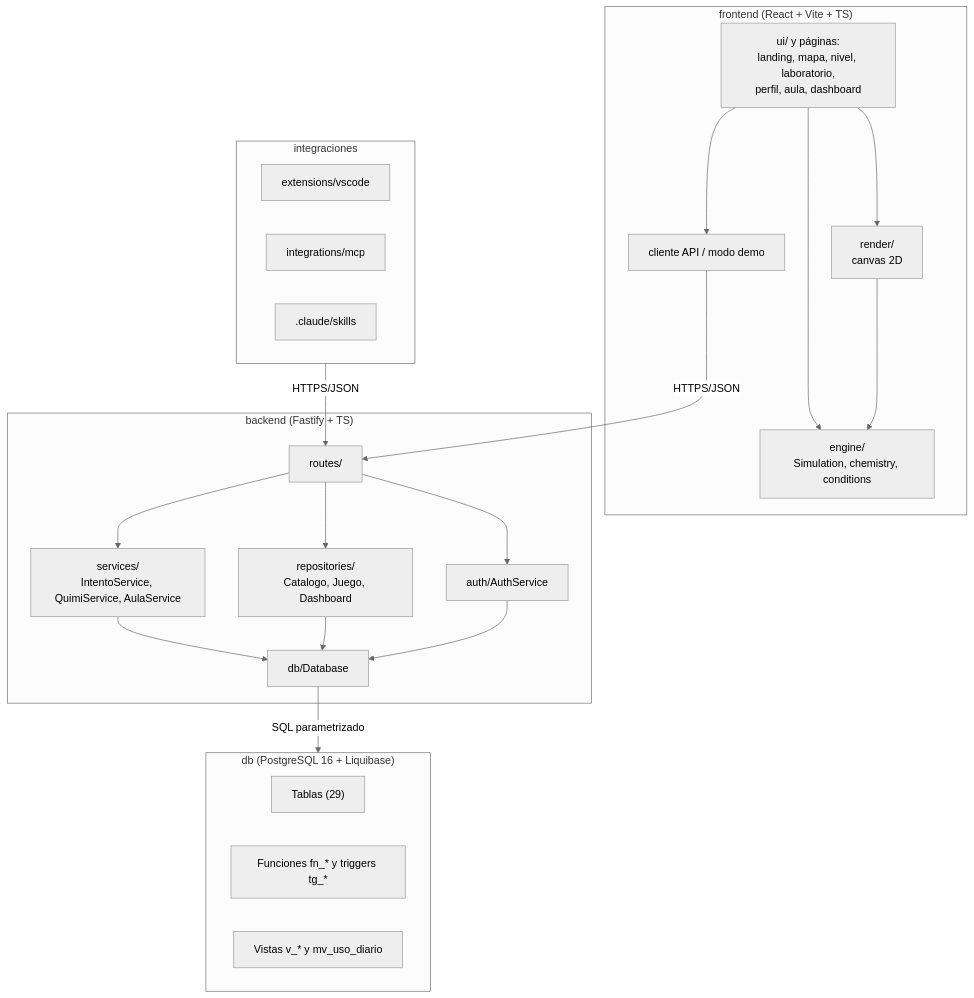
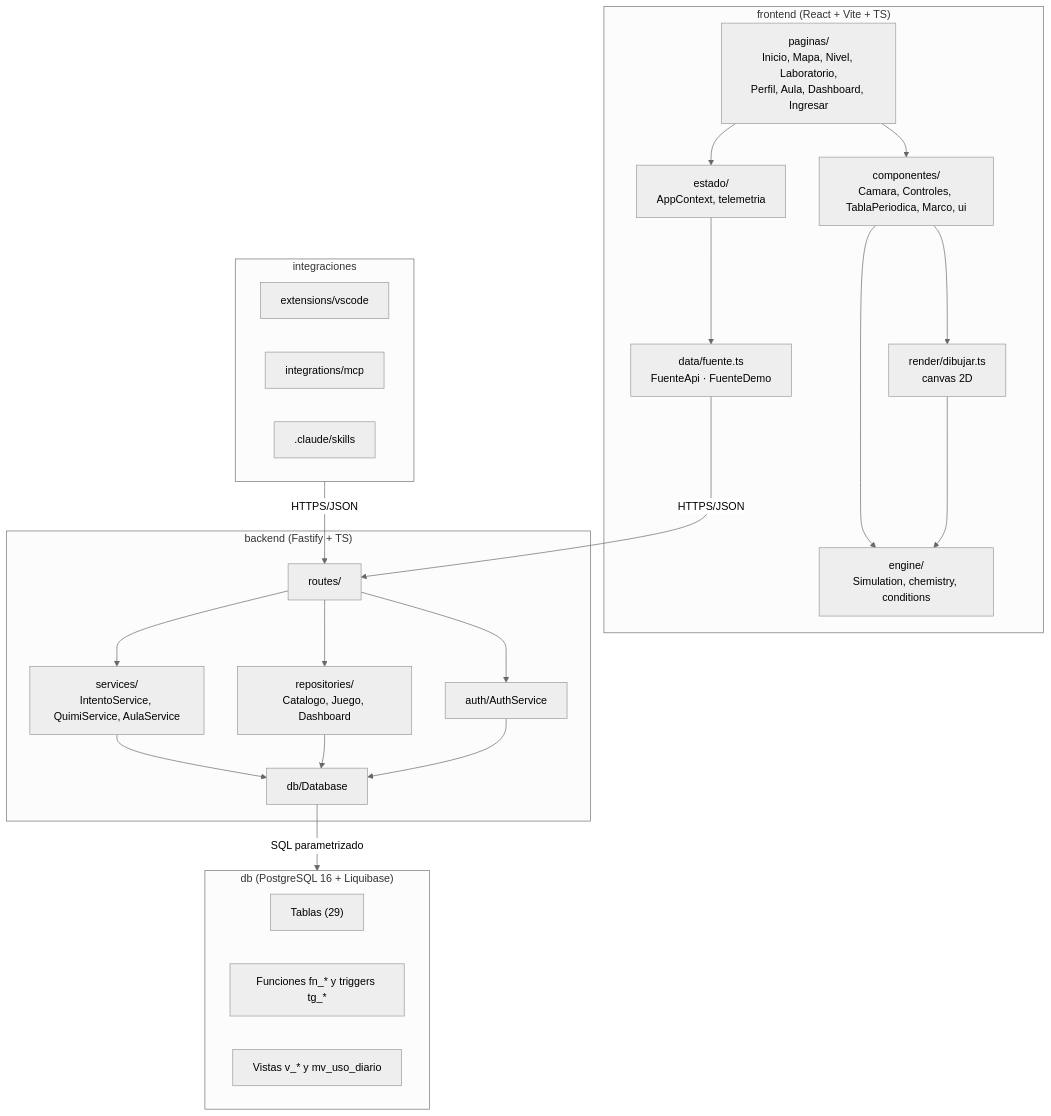
Before and after one commit to Laos19/Demov0.1AtomReactChamber: the fourth of 9 diagrams in docs/fd/FD03-Informe-SRS.md, drawn with Mermaid (neutral theme). The commit also changed other lines of this file and 18 other files, not shown here.

````diff
--- a/docs/fd/FD03-Informe-SRS.md
+++ b/docs/fd/FD03-Informe-SRS.md
@@ -513,39 +518,43 @@
 ```mermaid
 flowchart TB
   subgraph FE["frontend (React + Vite + TS)"]
-    UI["ui/ y páginas:<br/>landing, mapa, nivel, laboratorio,<br/>perfil, aula, dashboard"]
+    PAG["paginas/<br/>Inicio, Mapa, Nivel, Laboratorio,<br/>Perfil, Aula, Dashboard, Ingresar"]
+    COMP["componentes/<br/>Camara, Controles, TablaPeriodica, Marco, ui"]
+    EST["estado/<br/>AppContext, telemetria"]
     ENG["engine/<br/>Simulation, chemistry, conditions"]
-    REN["render/<br/>canvas 2D"]
-    API_C["cliente API / modo demo"]
-    UI --> ENG
-    UI --> REN
-    UI --> API_C
+    REN["render/dibujar.ts<br/>canvas 2D"]
+    API_C["data/fuente.ts<br/>FuenteApi · FuenteDemo"]
+    PAG --> COMP
+    PAG --> EST
+    COMP --> ENG
+    COMP --> REN
+    EST --> API_C
     REN --> ENG
   end
   subgraph BE["backend (Fastify + TS)"]
     RT["routes/"]
     SV["services/<br/>IntentoService, QuimiService, AulaService"]
     RP["repositories/<br/>Catalogo, Juego, Dashboard"]
     AU["auth/AuthService"]
     DB_C["db/Database"]
     RT --> SV
     RT --> RP
     RT --> AU
     SV --> DB_C
     RP --> DB_C
     AU --> DB_C
   end
   subgraph DBP["db (PostgreSQL 16 + Liquibase)"]
     T["Tablas (29)"]
     F["Funciones fn_* y triggers tg_*"]
     VW["Vistas v_* y mv_uso_diario"]
   end
   subgraph INT["integraciones"]
     VS["extensions/vscode"]
     MCP["integrations/mcp"]
     SK[".claude/skills"]
   end
   API_C -- "HTTPS/JSON" --> RT
   INT -- "HTTPS/JSON" --> RT
   DB_C -- "SQL parametrizado" --> DBP
 ```
````
